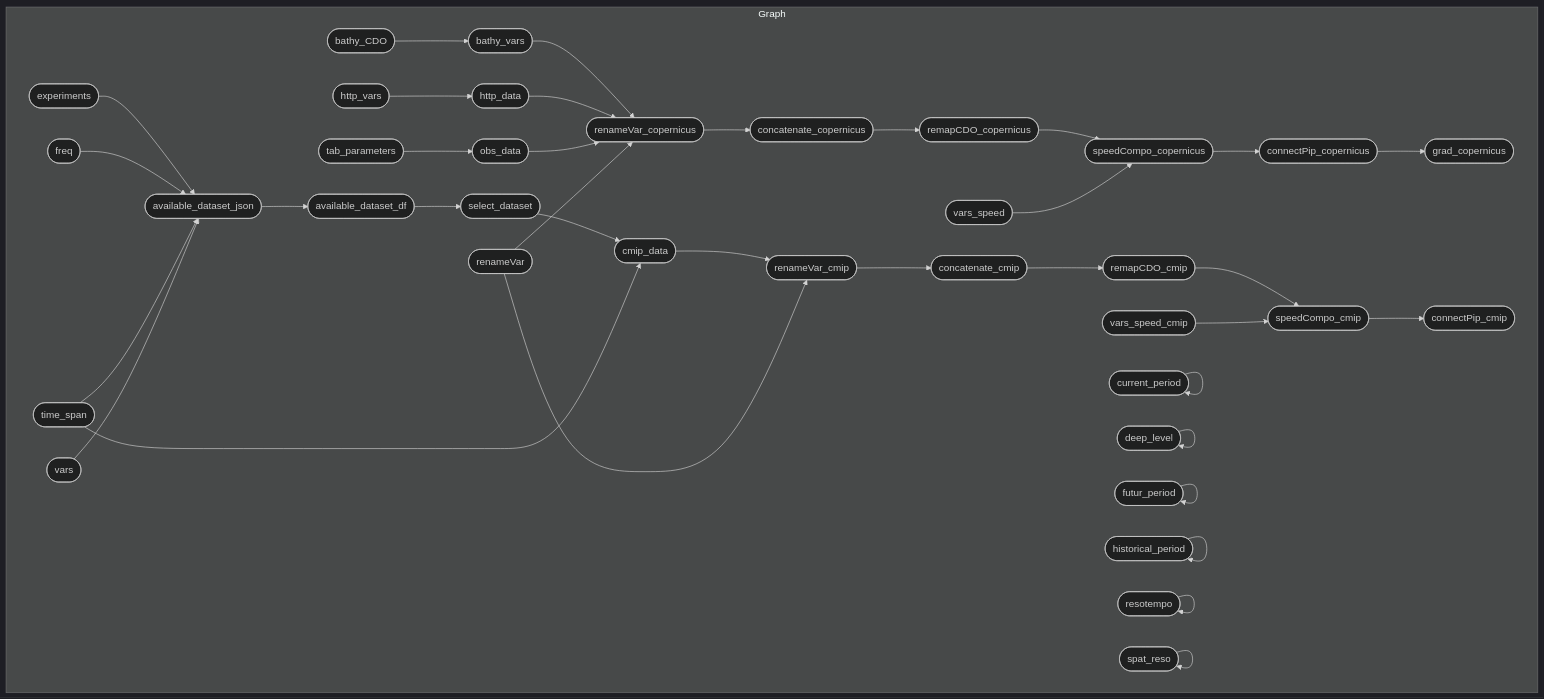
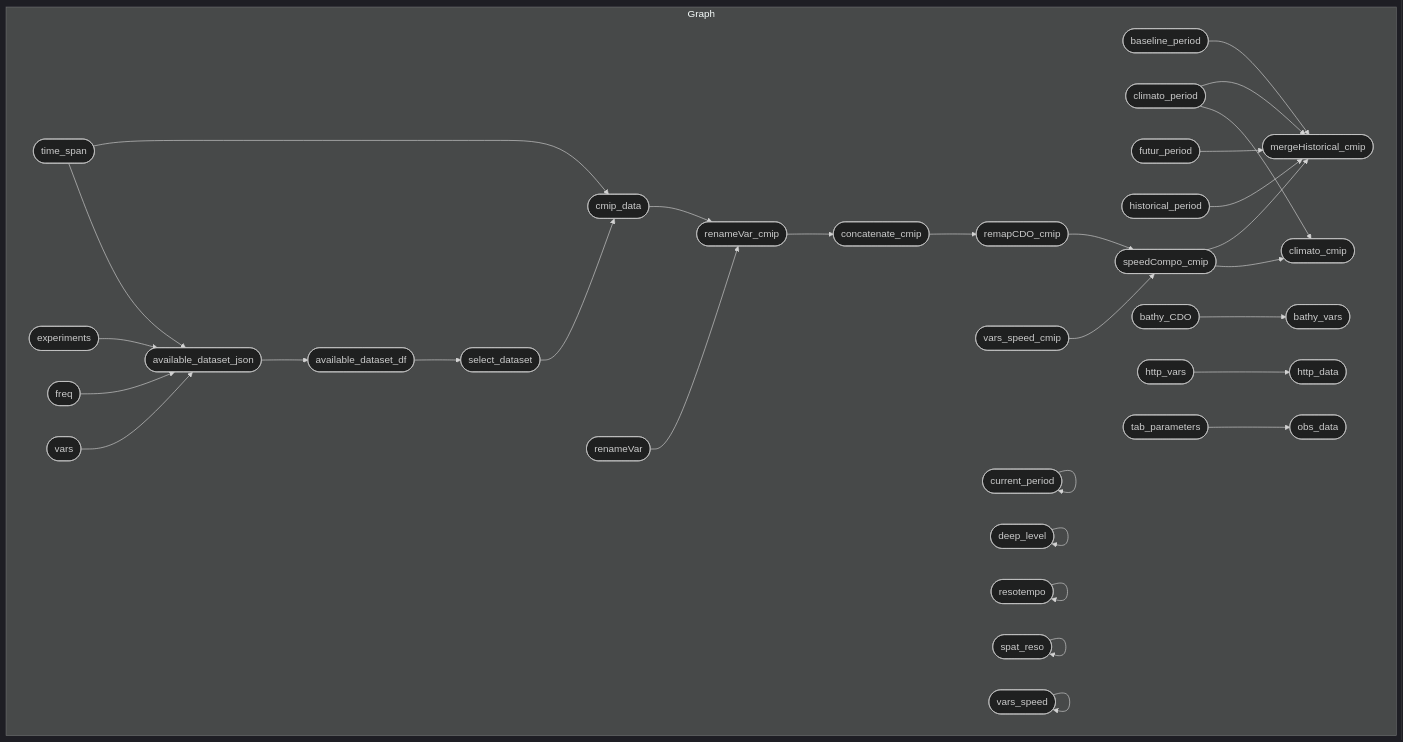
One commit to r-fernandezz/downshape changed the diagram in README.md. Above: the diagram before and after it, drawn with Mermaid (dark theme). The commit also changed other lines of this file and 4 other files, not shown here.

Commit message:
📌 PIN DEP:  climato_cmip() and mergeHistorical_cmip() functions ready

````diff
--- a/README.md
+++ b/README.md
@@ -25,40 +25,35 @@
 ``` mermaid
 graph LR
   subgraph Graph
     direction LR
-    x4fe875b2492d0106(["concatenate_cmip"]):::outdated --> xf4b49e2ba07661b1(["remapCDO_cmip"]):::started
+    x21b09bf88a2ff147(["baseline_period"]):::uptodate --> xf21dac5ab86940da(["mergeHistorical_cmip"]):::uptodate
+    xbbe4eafa679df977(["climato_period"]):::uptodate --> xf21dac5ab86940da(["mergeHistorical_cmip"]):::uptodate
+    xbce5cad1cf7e7103(["futur_period"]):::uptodate --> xf21dac5ab86940da(["mergeHistorical_cmip"]):::uptodate
+    x57dd1d5e854c11b6(["historical_period"]):::uptodate --> xf21dac5ab86940da(["mergeHistorical_cmip"]):::uptodate
+    xe5de19f3be59da20(["speedCompo_cmip"]):::uptodate --> xf21dac5ab86940da(["mergeHistorical_cmip"]):::uptodate
+    x0262297569c18022(["renameVar_cmip"]):::uptodate --> x4fe875b2492d0106(["concatenate_cmip"]):::uptodate
+    xbbe4eafa679df977(["climato_period"]):::uptodate --> x0c817e56268c947c(["climato_cmip"]):::uptodate
+    xe5de19f3be59da20(["speedCompo_cmip"]):::uptodate --> x0c817e56268c947c(["climato_cmip"]):::uptodate
     xf5c6fd225c377a3d(["bathy_CDO"]):::uptodate --> xb5817e1daca13dcc(["bathy_vars"]):::outdated
-    xd2707862cf793d3a(["connectPip_copernicus"]):::outdated --> x37179b61a203cbd3(["grad_copernicus"]):::outdated
-    x3f5ab24ee8d242b4(["select_dataset"]):::uptodate --> xd8e5f2013a341013(["cmip_data"]):::outdated
-    x2c0118dd07b06ac8(["time_span"]):::uptodate --> xd8e5f2013a341013(["cmip_data"]):::outdated
-    xe5de19f3be59da20(["speedCompo_cmip"]):::outdated --> x33f1355322bf894f(["connectPip_cmip"]):::outdated
-    x0262297569c18022(["renameVar_cmip"]):::outdated --> x4fe875b2492d0106(["concatenate_cmip"]):::outdated
-    xfc6ed28680e5db72(["speedCompo_copernicus"]):::outdated --> xd2707862cf793d3a(["connectPip_copernicus"]):::outdated
-    xe44467b2b079fc18(["renameVar_copernicus"]):::outdated --> x9289bfb53112cf3b(["concatenate_copernicus"]):::outdated
+    x71e926299248ce3f(["http_vars"]):::uptodate --> x35b468daf9281b76(["http_data"]):::uptodate
+    xf4b49e2ba07661b1(["remapCDO_cmip"]):::uptodate --> xe5de19f3be59da20(["speedCompo_cmip"]):::uptodate
+    x7a197bdf5f12681a(["vars_speed_cmip"]):::uptodate --> xe5de19f3be59da20(["speedCompo_cmip"]):::uptodate
+    x4301c707c2ab0cdc(["tab_parameters"]):::outdated --> xd7bca5ba4e5f539d(["obs_data"]):::outdated
+    x3f5ab24ee8d242b4(["select_dataset"]):::uptodate --> xd8e5f2013a341013(["cmip_data"]):::uptodate
+    x2c0118dd07b06ac8(["time_span"]):::uptodate --> xd8e5f2013a341013(["cmip_data"]):::uptodate
+    xd8e5f2013a341013(["cmip_data"]):::uptodate --> x0262297569c18022(["renameVar_cmip"]):::uptodate
+    xd15c82dcb79a7c2e(["renameVar"]):::uptodate --> x0262297569c18022(["renameVar_cmip"]):::uptodate
+    x6fcf9b0e7fc429ff(["available_dataset_json"]):::uptodate --> xe895740a9b7896f7(["available_dataset_df"]):::uptodate
+    x4fe875b2492d0106(["concatenate_cmip"]):::uptodate --> xf4b49e2ba07661b1(["remapCDO_cmip"]):::uptodate
     xe895740a9b7896f7(["available_dataset_df"]):::uptodate --> x3f5ab24ee8d242b4(["select_dataset"]):::uptodate
     xac02e5e58926353b(["experiments"]):::uptodate --> x6fcf9b0e7fc429ff(["available_dataset_json"]):::uptodate
     x906e78a8df9f52cb(["freq"]):::uptodate --> x6fcf9b0e7fc429ff(["available_dataset_json"]):::uptodate
     x2c0118dd07b06ac8(["time_span"]):::uptodate --> x6fcf9b0e7fc429ff(["available_dataset_json"]):::uptodate
     x8f15ec77b8dbd81a(["vars"]):::uptodate --> x6fcf9b0e7fc429ff(["available_dataset_json"]):::uptodate
-    x4301c707c2ab0cdc(["tab_parameters"]):::outdated --> xd7bca5ba4e5f539d(["obs_data"]):::outdated
-    xd8e5f2013a341013(["cmip_data"]):::outdated --> x0262297569c18022(["renameVar_cmip"]):::outdated
-    xd15c82dcb79a7c2e(["renameVar"]):::uptodate --> x0262297569c18022(["renameVar_cmip"]):::outdated
-    xec6283d15a25ed08(["remapCDO_copernicus"]):::outdated --> xfc6ed28680e5db72(["speedCompo_copernicus"]):::outdated
-    xca459201a27e8460(["vars_speed"]):::uptodate --> xfc6ed28680e5db72(["speedCompo_copernicus"]):::outdated
-    x71e926299248ce3f(["http_vars"]):::uptodate --> x35b468daf9281b76(["http_data"]):::outdated
-    x9289bfb53112cf3b(["concatenate_copernicus"]):::outdated --> xec6283d15a25ed08(["remapCDO_copernicus"]):::outdated
-    xb5817e1daca13dcc(["bathy_vars"]):::outdated --> xe44467b2b079fc18(["renameVar_copernicus"]):::outdated
-    x35b468daf9281b76(["http_data"]):::outdated --> xe44467b2b079fc18(["renameVar_copernicus"]):::outdated
-    xd7bca5ba4e5f539d(["obs_data"]):::outdated --> xe44467b2b079fc18(["renameVar_copernicus"]):::outdated
-    xd15c82dcb79a7c2e(["renameVar"]):::uptodate --> xe44467b2b079fc18(["renameVar_copernicus"]):::outdated
-    x6fcf9b0e7fc429ff(["available_dataset_json"]):::uptodate --> xe895740a9b7896f7(["available_dataset_df"]):::uptodate
-    xf4b49e2ba07661b1(["remapCDO_cmip"]):::started --> xe5de19f3be59da20(["speedCompo_cmip"]):::outdated
-    x7a197bdf5f12681a(["vars_speed_cmip"]):::uptodate --> xe5de19f3be59da20(["speedCompo_cmip"]):::outdated
     x084994fb0e480676(["current_period"]):::uptodate --> x084994fb0e480676(["current_period"]):::uptodate
     x625f066a5f205ec8(["deep_level"]):::uptodate --> x625f066a5f205ec8(["deep_level"]):::uptodate
-    xbce5cad1cf7e7103(["futur_period"]):::uptodate --> xbce5cad1cf7e7103(["futur_period"]):::uptodate
-    x57dd1d5e854c11b6(["historical_period"]):::uptodate --> x57dd1d5e854c11b6(["historical_period"]):::uptodate
     x55a14a7f5821bbec(["resotempo"]):::uptodate --> x55a14a7f5821bbec(["resotempo"]):::uptodate
     xe73cbbcc20086ecd(["spat_reso"]):::uptodate --> xe73cbbcc20086ecd(["spat_reso"]):::uptodate
+    xca459201a27e8460(["vars_speed"]):::uptodate --> xca459201a27e8460(["vars_speed"]):::uptodate
   end
 ```
````
